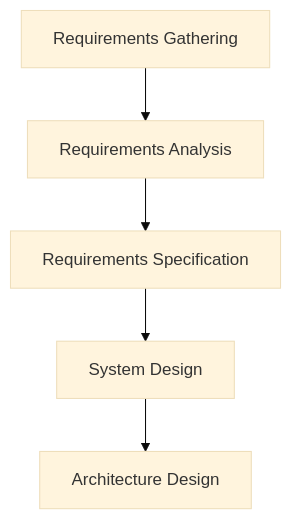
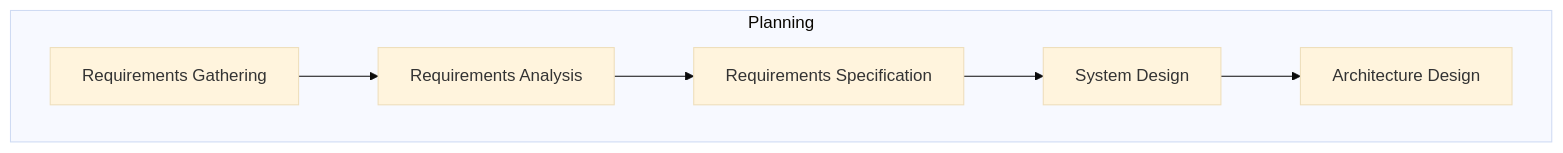
Before and after one commit to isauravmanitripathi/Animate-Mermaid-Chart: the fifth of 54 diagrams in temp-charts/flowchart_sequence/README.md, drawn with Mermaid (base theme). The commit also changed other lines of this file and 58 other files, not shown here.

Commit message:
added proper working diagrams

````diff
--- a/temp-charts/flowchart_sequence/README.md
+++ b/temp-charts/flowchart_sequence/README.md
@@ -37,7 +55,15 @@
 ```mermaid
 flowchart TD
-A[Requirements Gathering] --> A1[Requirements Analysis]
-A1 --> A2[Requirements Specification]
-A2 --> B[System Design]
-B --> B1[Architecture Design]
+    A[Requirements Gathering] --> A1[Requirements Analysis]
+    A1 --> A2[Requirements Specification]
+    A2 --> B[System Design]
+    B --> B1[Architecture Design]
+
+subgraph Planning
+A
+A1
+A2
+B
+B1
+end
 ```
````
